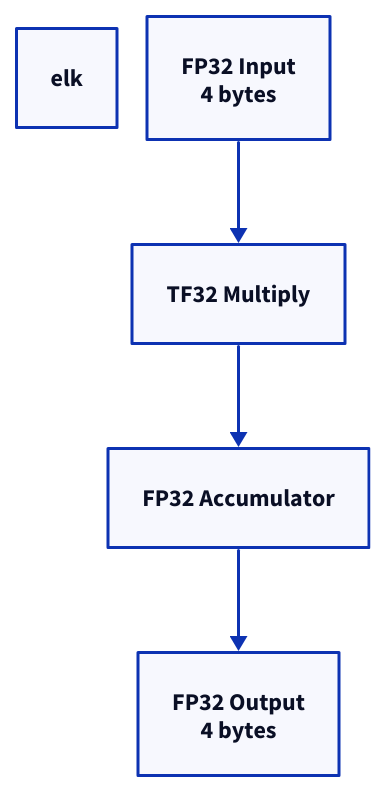
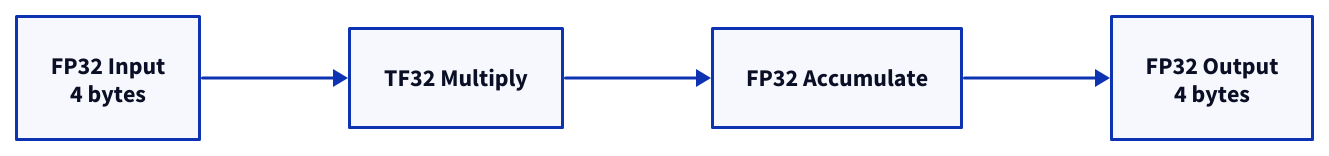
Before and after one commit to 111qqz/111qqz.github.io: the diagram in images/ieee754-to-bf16/tf32-pipeline.d2, drawn with D2. The commit also changed 4262 other files, not shown here.

Commit message:
fix: 修复 D2 配图显示尺寸过大问题并优化文章图表布局 111qqz/hugo-blog@676d4325cba7819ac391c37e539dd3b8ec0dd11f

```diff
--- a/images/ieee754-to-bf16/tf32-pipeline.d2
+++ b/images/ieee754-to-bf16/tf32-pipeline.d2
@@ -1,9 +1,8 @@
-layout-engine: elk
-direction: down
+direction: right
 
 A: "FP32 Input\n4 bytes"
 B: "TF32 Multiply"
-C: "FP32 Accumulator"
+C: "FP32 Accumulate"
 D: "FP32 Output\n4 bytes"
 
 A -> B -> C -> D
```
